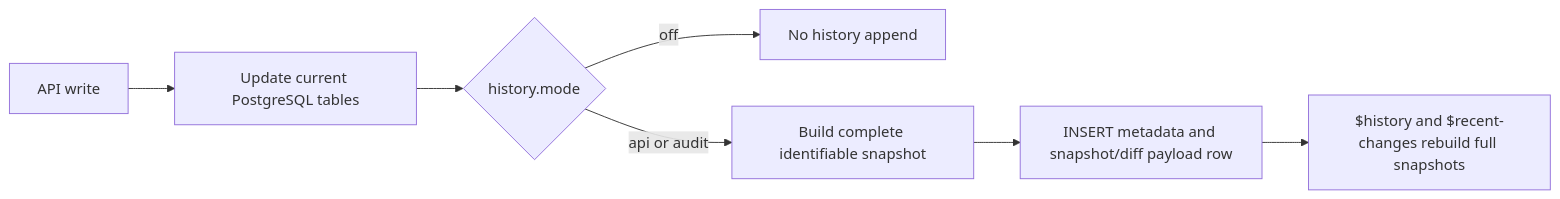
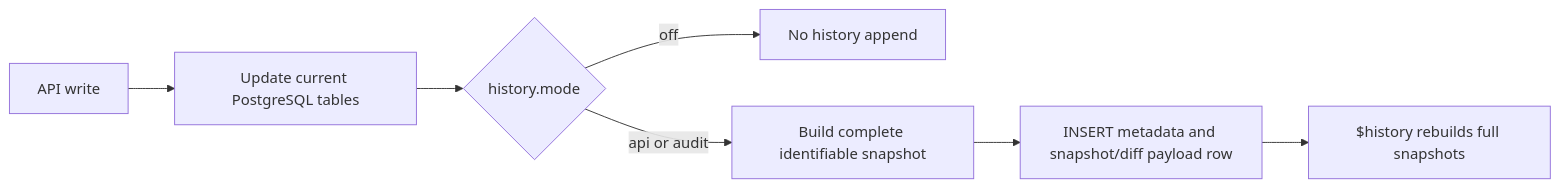
The first of 2 diagrams in docu/user/aas_api_v3_2.md (eclipse-basyx/basyx-go-components), drawn with Mermaid before and after one commit. The commit also changed other lines of this file and 186 other files, not shown here.

````diff
--- a/docu/user/aas_api_v3_2.md
+++ b/docu/user/aas_api_v3_2.md
@@ -203,9 +204,9 @@
 ```mermaid
 flowchart LR
     Client["API write"] --> Current["Update current PostgreSQL tables"]
     Current --> Mode{"history.mode"}
     Mode -->|off| Done["No history append"]
     Mode -->|api or audit| Snapshot["Build complete identifiable snapshot"]
     Snapshot --> History["INSERT metadata and snapshot/diff payload row"]
-    History --> Read["$history and $recent-changes rebuild full snapshots"]
+    History --> Read["$history rebuilds full snapshots"]
 ```
````
